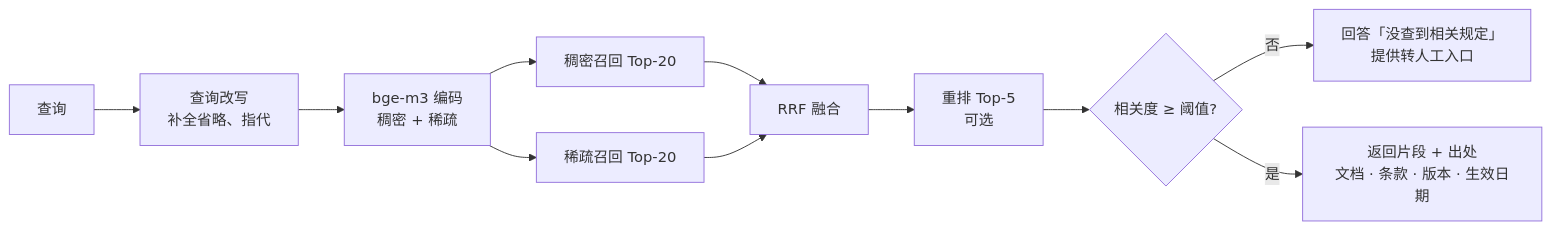
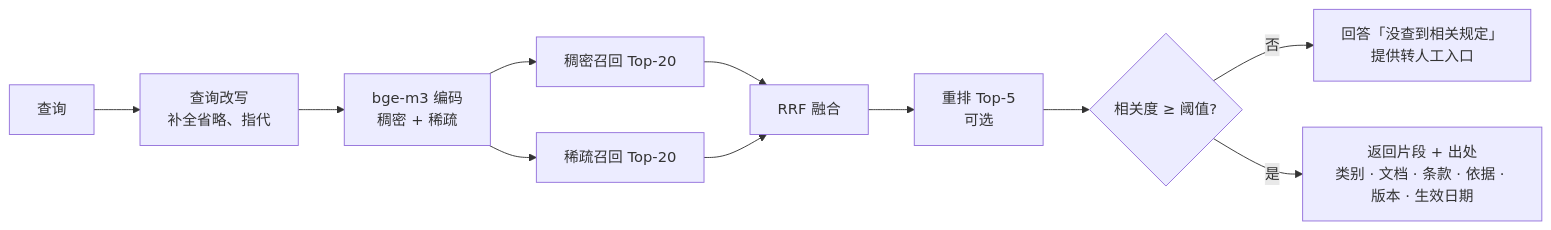
Before and after one commit to SuperWheel/saydo-agent: the seventh of 9 diagrams in docs/02-产品技术文档.md, drawn with Mermaid. The commit also changed other lines of this file and 11 other files, not shown here.

````diff
--- a/docs/02-产品技术文档.md
+++ b/docs/02-产品技术文档.md
@@ -784,12 +827,12 @@
 ```mermaid
 flowchart LR
     Q[查询] --> RW[查询改写<br/>补全省略、指代]
     RW --> EMB[bge-m3 编码<br/>稠密 + 稀疏]
     EMB --> R1[稠密召回 Top-20]
     EMB --> R2[稀疏召回 Top-20]
     R1 & R2 --> F[RRF 融合]
     F --> RR[重排 Top-5<br/>可选]
     RR --> T{相关度 ≥ 阈值?}
     T -->|否| N[回答「没查到相关规定」<br/>提供转人工入口]
-    T -->|是| OUT[返回片段 + 出处<br/>文档 · 条款 · 版本 · 生效日期]
+    T -->|是| OUT[返回片段 + 出处<br/>类别 · 文档 · 条款 · 依据 · 版本 · 生效日期]
 ```
````
